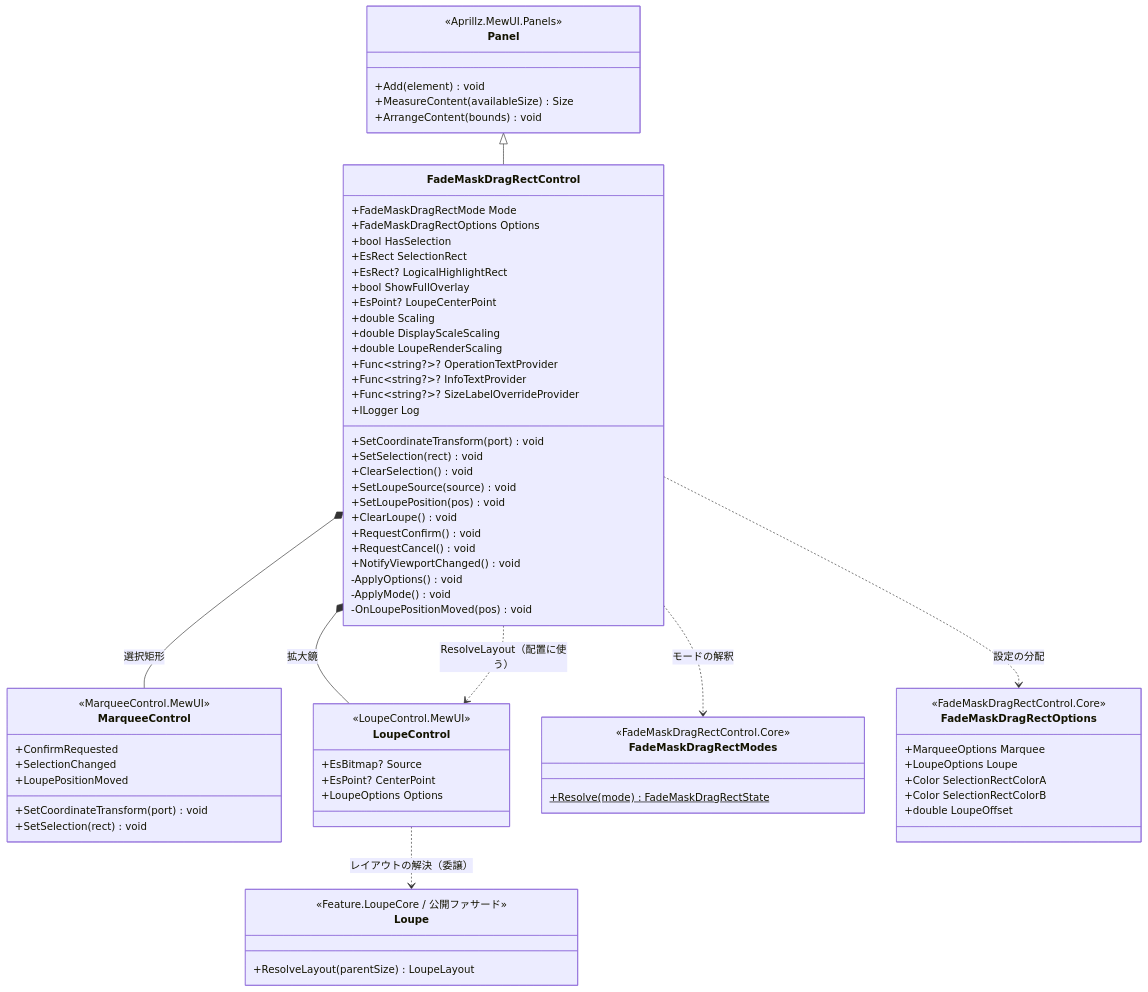
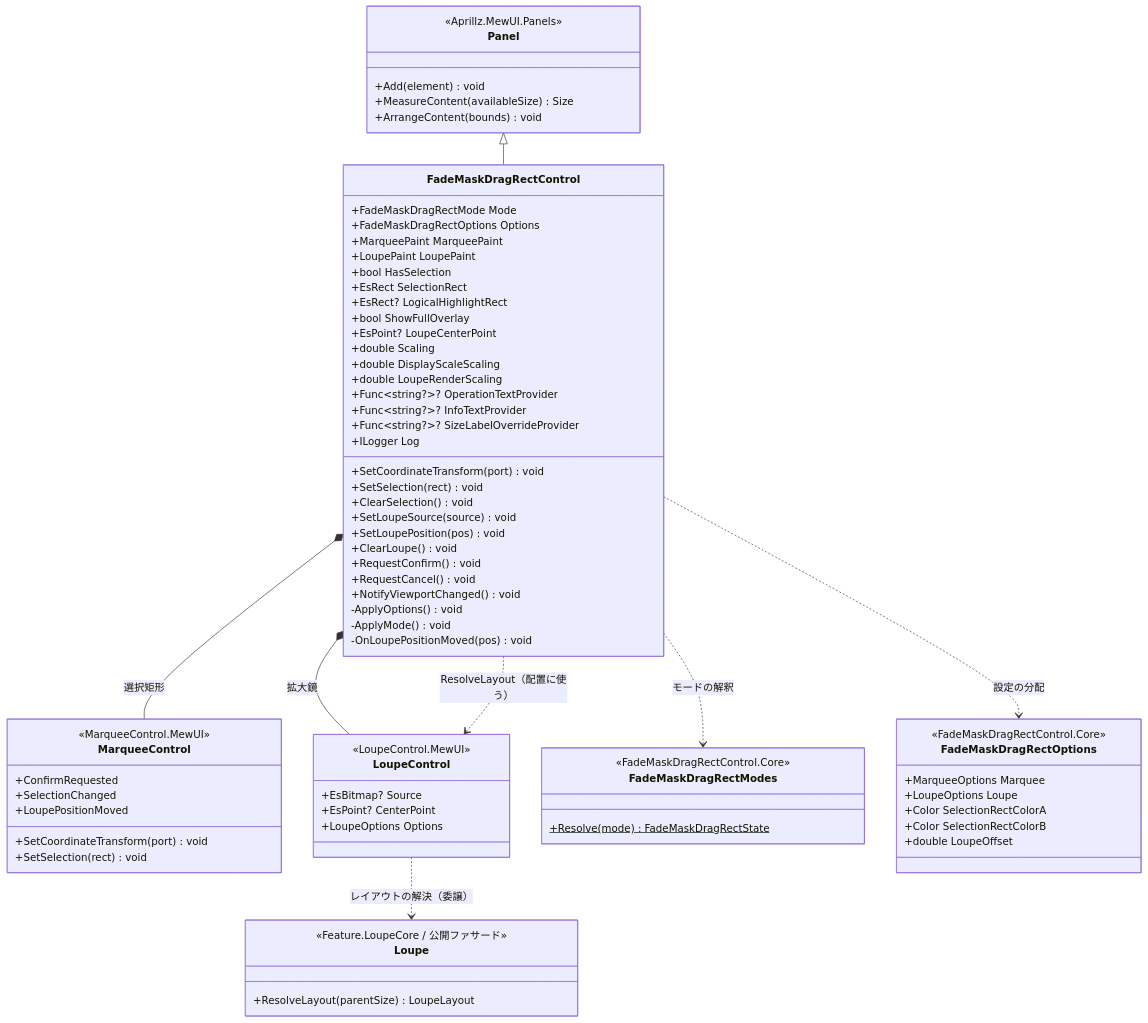
Before and after one commit to tomokuni/SaveEvidence: the first of 4 diagrams in src/FadeMaskDragRectControl.MewUI/SPEC_System.md, drawn with Mermaid. The commit also changed other lines of this file and 95 other files, not shown here.

````diff
--- a/src/FadeMaskDragRectControl.MewUI/SPEC_System.md
+++ b/src/FadeMaskDragRectControl.MewUI/SPEC_System.md
@@ -94,75 +94,77 @@
 ```mermaid
 classDiagram
     class Panel {
         <<Aprillz.MewUI.Panels>>
         +Add(element) void
         +MeasureContent(availableSize) Size
         +ArrangeContent(bounds) void
     }
     class FadeMaskDragRectControl {
         +FadeMaskDragRectMode Mode
         +FadeMaskDragRectOptions Options
+        +MarqueePaint MarqueePaint
+        +LoupePaint LoupePaint
         +bool HasSelection
         +EsRect SelectionRect
         +EsRect? LogicalHighlightRect
         +bool ShowFullOverlay
         +EsPoint? LoupeCenterPoint
         +double Scaling
         +double DisplayScaleScaling
         +double LoupeRenderScaling
         +Func~string?~? OperationTextProvider
         +Func~string?~? InfoTextProvider
         +Func~string?~? SizeLabelOverrideProvider
         +ILogger Log
         +SetCoordinateTransform(port) void
         +SetSelection(rect) void
         +ClearSelection() void
         +SetLoupeSource(source) void
         +SetLoupePosition(pos) void
         +ClearLoupe() void
         +RequestConfirm() void
         +RequestCancel() void
         +NotifyViewportChanged() void
         -ApplyOptions() void
         -ApplyMode() void
         -OnLoupePositionMoved(pos) void
     }
     class MarqueeControl {
         <<MarqueeControl.MewUI>>
         +SetCoordinateTransform(port) void
         +SetSelection(rect) void
         +ConfirmRequested
         +SelectionChanged
         +LoupePositionMoved
     }
     class LoupeControl {
         <<LoupeControl.MewUI>>
         +EsBitmap? Source
         +EsPoint? CenterPoint
         +LoupeOptions Options
     }
     class FadeMaskDragRectModes {
         <<FadeMaskDragRectControl.Core>>
         +Resolve(mode)$ FadeMaskDragRectState
     }
     class FadeMaskDragRectOptions {
         <<FadeMaskDragRectControl.Core>>
         +MarqueeOptions Marquee
         +LoupeOptions Loupe
         +Color SelectionRectColorA
         +Color SelectionRectColorB
         +double LoupeOffset
     }
     class Loupe {
         <<Feature.LoupeCore / 公開ファサード>>
         +ResolveLayout(parentSize) LoupeLayout
     }
 
     Panel <|-- FadeMaskDragRectControl
     FadeMaskDragRectControl *-- MarqueeControl : 選択矩形
     FadeMaskDragRectControl *-- LoupeControl : 拡大鏡
     FadeMaskDragRectControl ..> FadeMaskDragRectModes : モードの解釈
     FadeMaskDragRectControl ..> FadeMaskDragRectOptions : 設定の分配
     LoupeControl ..> Loupe : レイアウトの解決（委譲）
     FadeMaskDragRectControl ..> LoupeControl : ResolveLayout（配置に使う）
 ```
````
